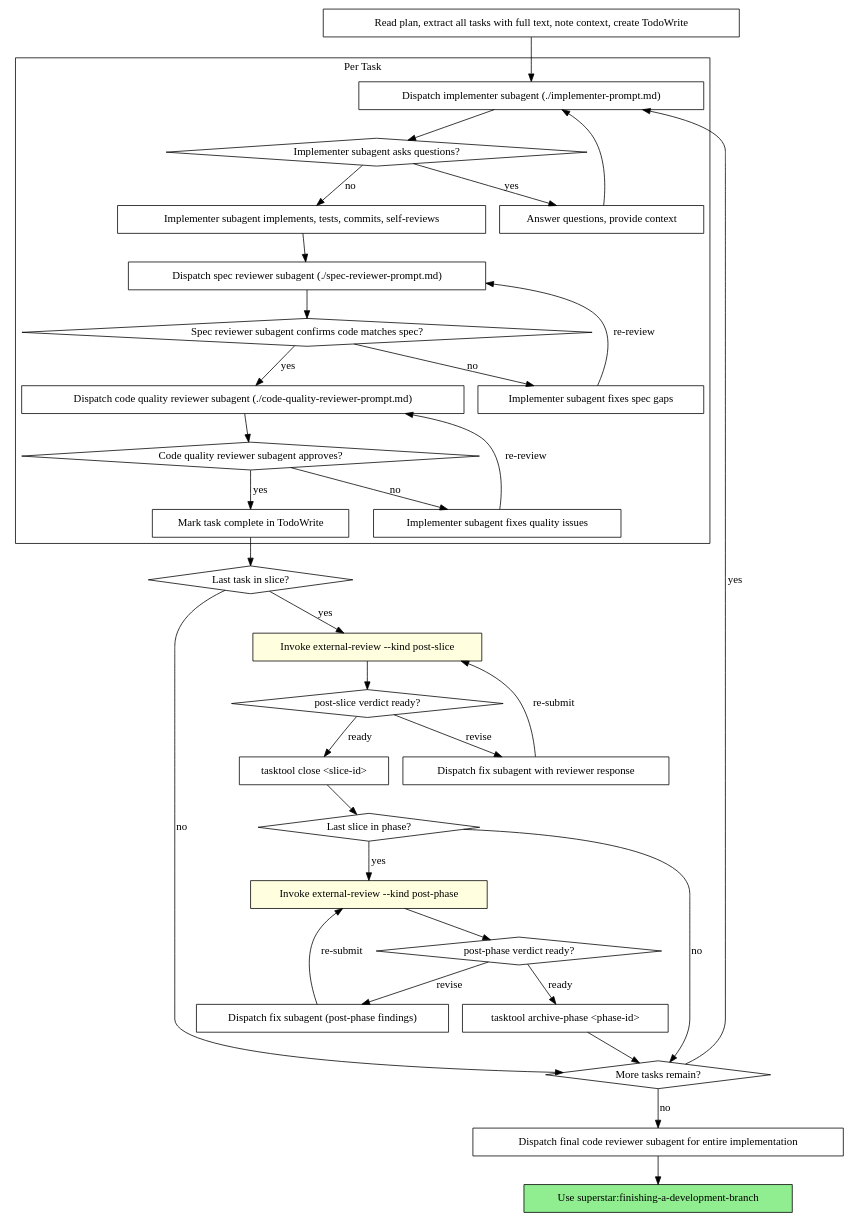
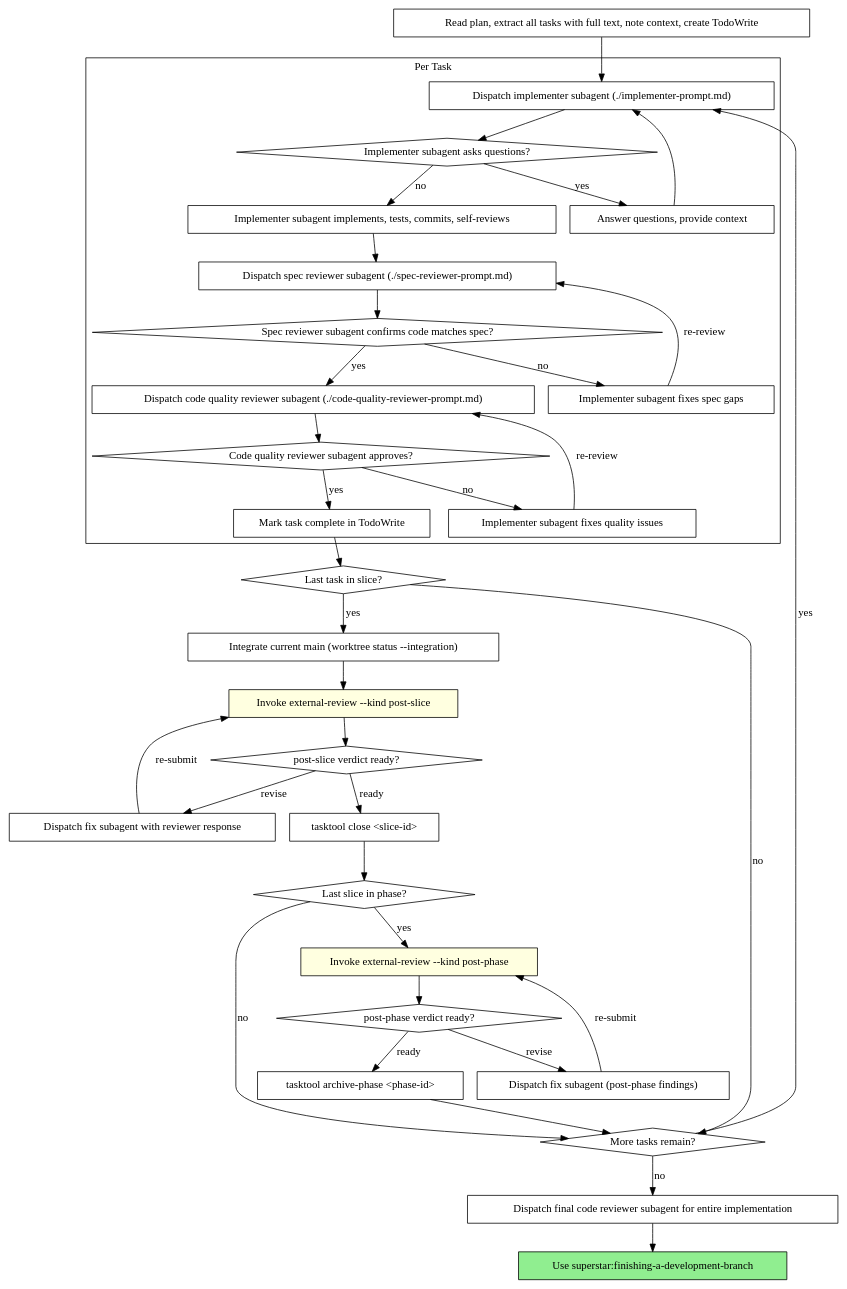
One commit to sigreer/superstar changed the second of 2 diagrams in skills/subagent-driven-development/SKILL.md. Above: the diagram before and after it, drawn with Graphviz. The commit also changed other lines of this file and 1 other file, not shown here.

Commit message:
P7.S6: surface-check gate + integrate-current-main checkpoint in subagent-driven-development

````diff
--- a/skills/subagent-driven-development/SKILL.md
+++ b/skills/subagent-driven-development/SKILL.md
@@ -95,68 +98,70 @@
 ```dot
 digraph process {
     rankdir=TB;
 
     subgraph cluster_per_task {
         label="Per Task";
         "Dispatch implementer subagent (./implementer-prompt.md)" [shape=box];
         "Implementer subagent asks questions?" [shape=diamond];
         "Answer questions, provide context" [shape=box];
         "Implementer subagent implements, tests, commits, self-reviews" [shape=box];
         "Dispatch spec reviewer subagent (./spec-reviewer-prompt.md)" [shape=box];
         "Spec reviewer subagent confirms code matches spec?" [shape=diamond];
         "Implementer subagent fixes spec gaps" [shape=box];
         "Dispatch code quality reviewer subagent (./code-quality-reviewer-prompt.md)" [shape=box];
         "Code quality reviewer subagent approves?" [shape=diamond];
         "Implementer subagent fixes quality issues" [shape=box];
         "Mark task complete in TodoWrite" [shape=box];
     }
 
     "Read plan, extract all tasks with full text, note context, create TodoWrite" [shape=box];
     "Last task in slice?" [shape=diamond];
     "Invoke external-review --kind post-slice" [shape=box style=filled fillcolor=lightyellow];
     "post-slice verdict ready?" [shape=diamond];
     "Dispatch fix subagent with reviewer response" [shape=box];
     "tasktool close <slice-id>" [shape=box];
     "Last slice in phase?" [shape=diamond];
     "Invoke external-review --kind post-phase" [shape=box style=filled fillcolor=lightyellow];
     "post-phase verdict ready?" [shape=diamond];
     "Dispatch fix subagent (post-phase findings)" [shape=box];
     "tasktool archive-phase <phase-id>" [shape=box];
     "More tasks remain?" [shape=diamond];
     "Dispatch final code reviewer subagent for entire implementation" [shape=box];
     "Use superstar:finishing-a-development-branch" [shape=box style=filled fillcolor=lightgreen];
 
     "Read plan, extract all tasks with full text, note context, create TodoWrite" -> "Dispatch implementer subagent (./implementer-prompt.md)";
     "Dispatch implementer subagent (./implementer-prompt.md)" -> "Implementer subagent asks questions?";
     "Implementer subagent asks questions?" -> "Answer questions, provide context" [label="yes"];
     "Answer questions, provide context" -> "Dispatch implementer subagent (./implementer-prompt.md)";
     "Implementer subagent asks questions?" -> "Implementer subagent implements, tests, commits, self-reviews" [label="no"];
     "Implementer subagent implements, tests, commits, self-reviews" -> "Dispatch spec reviewer subagent (./spec-reviewer-prompt.md)";
     "Dispatch spec reviewer subagent (./spec-reviewer-prompt.md)" -> "Spec reviewer subagent confirms code matches spec?";
     "Spec reviewer subagent confirms code matches spec?" -> "Implementer subagent fixes spec gaps" [label="no"];
     "Implementer subagent fixes spec gaps" -> "Dispatch spec reviewer subagent (./spec-reviewer-prompt.md)" [label="re-review"];
     "Spec reviewer subagent confirms code matches spec?" -> "Dispatch code quality reviewer subagent (./code-quality-reviewer-prompt.md)" [label="yes"];
     "Dispatch code quality reviewer subagent (./code-quality-reviewer-prompt.md)" -> "Code quality reviewer subagent approves?";
     "Code quality reviewer subagent approves?" -> "Implementer subagent fixes quality issues" [label="no"];
     "Implementer subagent fixes quality issues" -> "Dispatch code quality reviewer subagent (./code-quality-reviewer-prompt.md)" [label="re-review"];
     "Code quality reviewer subagent approves?" -> "Mark task complete in TodoWrite" [label="yes"];
     "Mark task complete in TodoWrite" -> "Last task in slice?";
     "Last task in slice?" -> "More tasks remain?" [label="no"];
-    "Last task in slice?" -> "Invoke external-review --kind post-slice" [label="yes"];
+    "Integrate current main (worktree status --integration)" [shape=box];
+    "Last task in slice?" -> "Integrate current main (worktree status --integration)" [label="yes"];
+    "Integrate current main (worktree status --integration)" -> "Invoke external-review --kind post-slice";
     "Invoke external-review --kind post-slice" -> "post-slice verdict ready?";
     "post-slice verdict ready?" -> "Dispatch fix subagent with reviewer response" [label="revise"];
     "Dispatch fix subagent with reviewer response" -> "Invoke external-review --kind post-slice" [label="re-submit"];
     "post-slice verdict ready?" -> "tasktool close <slice-id>" [label="ready"];
     "tasktool close <slice-id>" -> "Last slice in phase?";
     "Last slice in phase?" -> "More tasks remain?" [label="no"];
     "Last slice in phase?" -> "Invoke external-review --kind post-phase" [label="yes"];
     "Invoke external-review --kind post-phase" -> "post-phase verdict ready?";
     "post-phase verdict ready?" -> "Dispatch fix subagent (post-phase findings)" [label="revise"];
     "Dispatch fix subagent (post-phase findings)" -> "Invoke external-review --kind post-phase" [label="re-submit"];
     "post-phase verdict ready?" -> "tasktool archive-phase <phase-id>" [label="ready"];
     "tasktool archive-phase <phase-id>" -> "More tasks remain?";
     "More tasks remain?" -> "Dispatch implementer subagent (./implementer-prompt.md)" [label="yes"];
     "More tasks remain?" -> "Dispatch final code reviewer subagent for entire implementation" [label="no"];
     "Dispatch final code reviewer subagent for entire implementation" -> "Use superstar:finishing-a-development-branch";
 }
 ```
````
